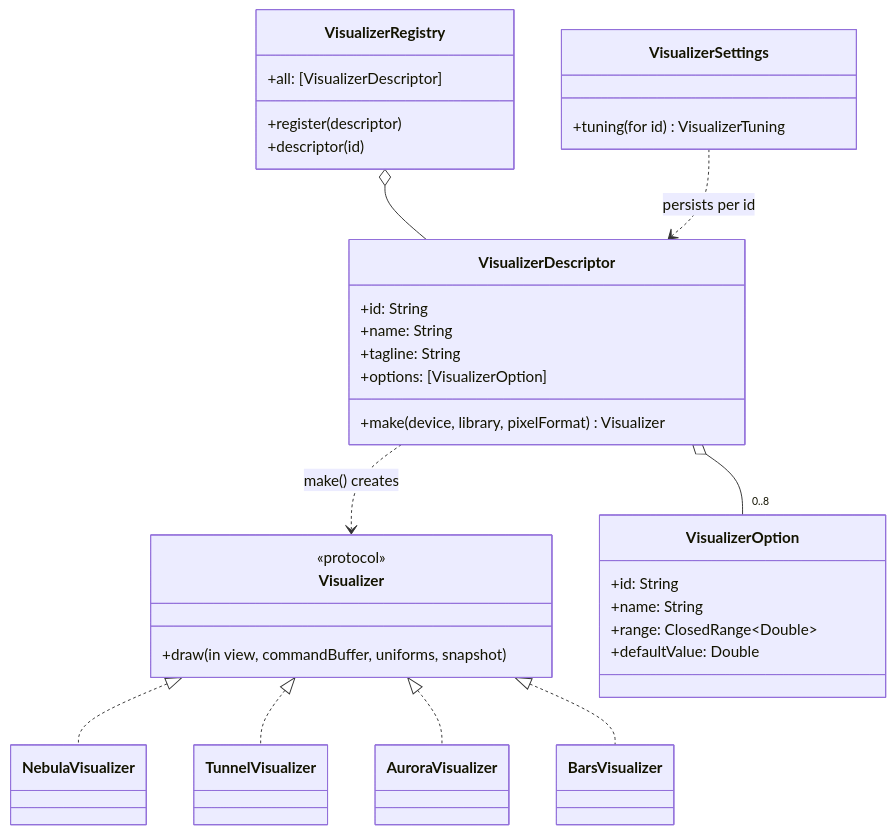
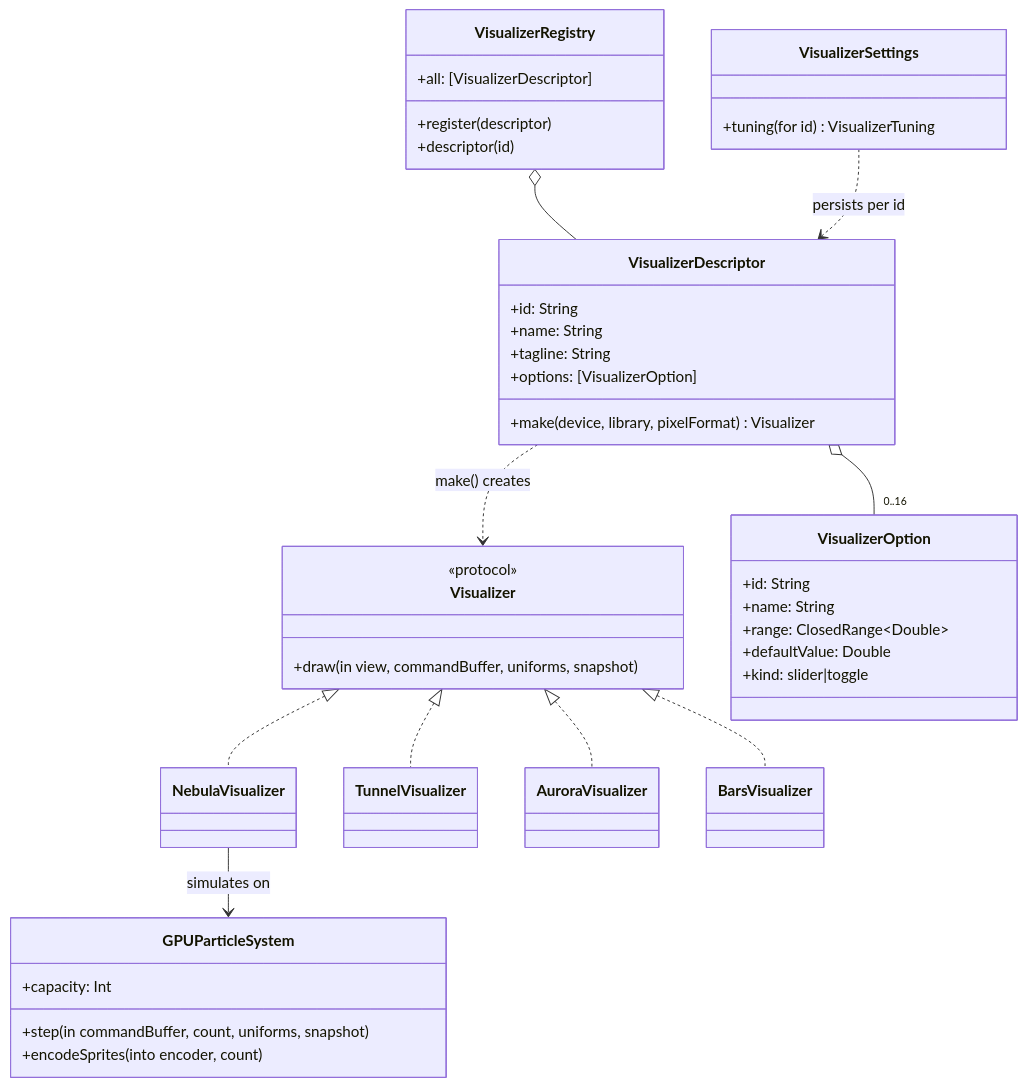
The first of 3 diagrams in docs/visualizers.md (jonjaques/synesthia), drawn with Mermaid before and after one commit. The commit also changed other lines of this file and 18 other files, not shown here.

````diff
--- a/docs/visualizers.md
+++ b/docs/visualizers.md
@@ -10,36 +10,43 @@
 ```mermaid
 classDiagram
     class Visualizer {
         <<protocol>>
         +draw(in view, commandBuffer, uniforms, snapshot)
     }
     class VisualizerDescriptor {
         +id: String
         +name: String
         +tagline: String
         +options: [VisualizerOption]
         +make(device, library, pixelFormat) Visualizer
     }
     class VisualizerOption {
         +id: String
         +name: String
         +range: ClosedRange~Double~
         +defaultValue: Double
+        +kind: slider|toggle
     }
     class VisualizerRegistry {
         +all: [VisualizerDescriptor]
         +register(descriptor)
         +descriptor(id)
     }
+    class GPUParticleSystem {
+        +capacity: Int
+        +step(in commandBuffer, count, uniforms, snapshot)
+        +encodeSprites(into encoder, count)
+    }
     class VisualizerSettings {
         +tuning(for id) VisualizerTuning
     }
     VisualizerRegistry o-- VisualizerDescriptor
-    VisualizerDescriptor o-- "0..8" VisualizerOption
+    VisualizerDescriptor o-- "0..16" VisualizerOption
     VisualizerDescriptor ..> Visualizer : make() creates
+    NebulaVisualizer --> GPUParticleSystem : simulates on
     Visualizer <|.. NebulaVisualizer
     Visualizer <|.. TunnelVisualizer
     Visualizer <|.. AuroraVisualizer
     Visualizer <|.. BarsVisualizer
     VisualizerSettings ..> VisualizerDescriptor : persists per id
 ```
````
